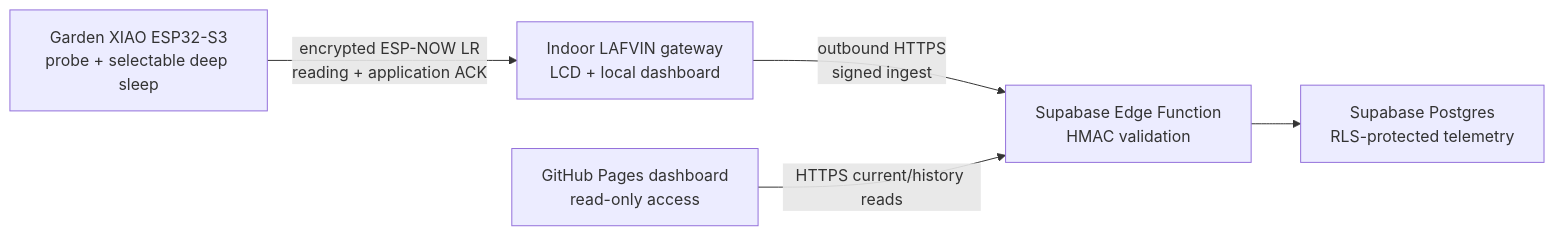
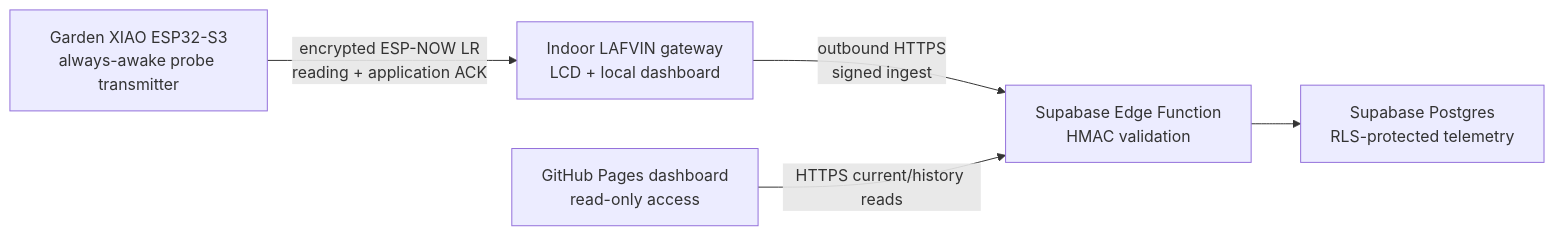
One commit to parXmedia/soil-monitor changed the diagram in README.md. Above: the diagram before and after it, drawn with Mermaid. The commit also changed other lines of this file and 30 other files, not shown here.

````diff
--- a/README.md
+++ b/README.md
@@ -24,13 +23,13 @@
 ```mermaid
 flowchart LR
-    S["Garden XIAO ESP32-S3<br/>probe + selectable deep sleep"]
+    S["Garden XIAO ESP32-S3<br/>always-awake probe transmitter"]
     G["Indoor LAFVIN gateway<br/>LCD + local dashboard"]
     E["Supabase Edge Function<br/>HMAC validation"]
     D["Supabase Postgres<br/>RLS-protected telemetry"]
     P["GitHub Pages dashboard<br/>read-only access"]
 
     S -- "encrypted ESP-NOW LR<br/>reading + application ACK" --> G
     G -- "outbound HTTPS<br/>signed ingest" --> E
     E --> D
     P -- "HTTPS current/history reads" --> E
 ```
````
